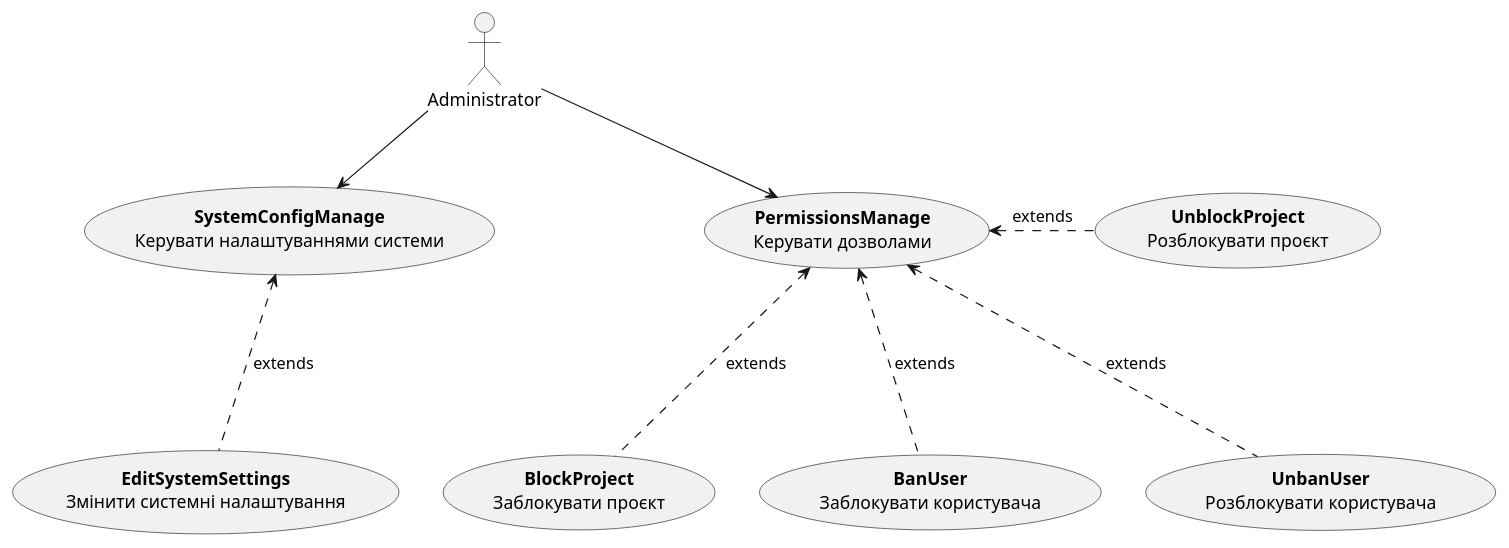
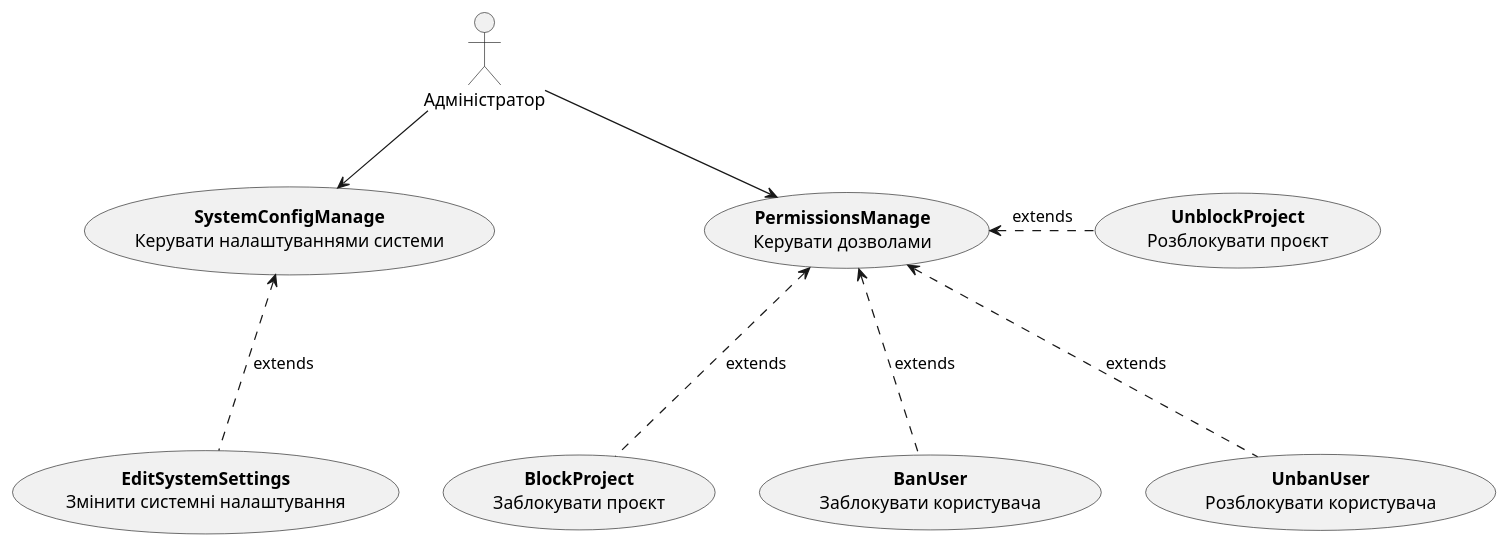
One commit to boldak/edu-db-cw changed the fourth of 25 diagrams in docs/use cases/README.md. Above: the diagram before and after it, drawn with PlantUML. The commit also changed other lines of this file, not shown here.

```diff
--- a/docs/use cases/README.md
+++ b/docs/use cases/README.md
@@ -128,22 +166,22 @@
 @startuml
-  actor Administrator
+  actor "Адміністратор" as Administrator
   
   usecase "<b>BlockProject</b>\nЗаблокувати проєкт" as BlockProject
   usecase "<b>UnblockProject</b>\nРозблокувати проєкт" as UnblockProject
   usecase "<b>BanUser</b>\nЗаблокувати користувача" as BanUser
   usecase "<b>UnbanUser</b>\nРозблокувати користувача" as UnbanUser
   usecase "<b>EditSystemSettings</b>\nЗмінити системні налаштування" as EditSystemSettings
   
   usecase "<b>PermissionsManage</b>\nКерувати дозволами" as PermissionsManage
   usecase "<b>SystemConfigManage</b>\nКерувати налаштуваннями системи" as SystemConfigManage
 
   Administrator -d-> PermissionsManage
   Administrator -d-> SystemConfigManage
   
   BlockProject ..u.> PermissionsManage :extends
   UnblockProject .l.> PermissionsManage :extends
   BanUser ..u.> PermissionsManage :extends
   UnbanUser ..u.> PermissionsManage :extends
   
   EditSystemSettings ..u.> SystemConfigManage :extends
 @enduml
```
